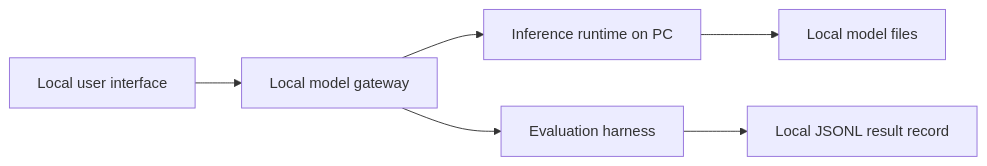
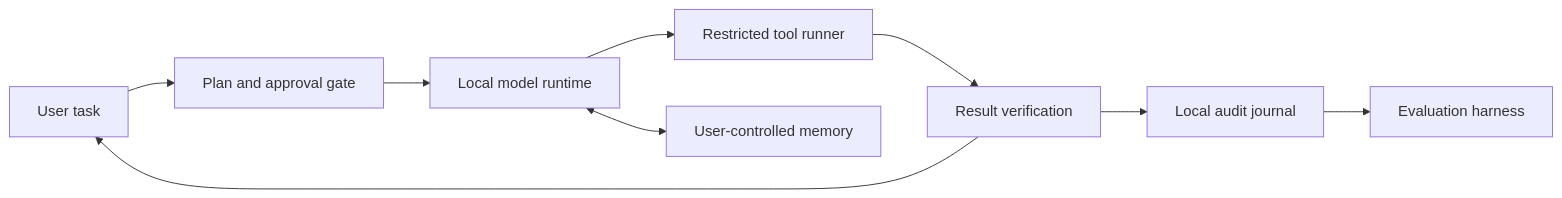
Before and after one commit to thomasaustenaa-bit/norwegian-ai-local-lab: the diagram in README.md, drawn with Mermaid. The commit also changed other lines of this file and 8 other files, not shown here.

````diff
--- a/README.md
+++ b/README.md
@@ -20,8 +25,11 @@
 ```mermaid
 flowchart LR
-  U[Local user interface] --> G[Local model gateway]
-  G --> R[Inference runtime on PC]
-  R --> M[Local model files]
-  G --> E[Evaluation harness]
-  E --> J[Local JSONL result record]
+  U[User task] --> P[Plan and approval gate]
+  P --> R[Local model runtime]
+  R --> T[Restricted tool runner]
+  T --> V[Result verification]
+  V --> U
+  R <--> M[User-controlled memory]
+  V --> J[Local audit journal]
+  J --> E[Evaluation harness]
 ```
````
